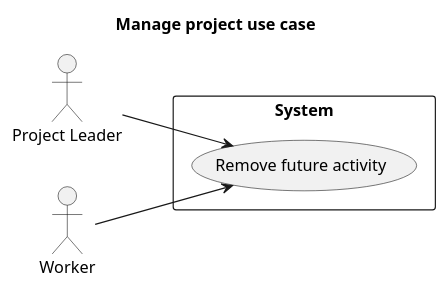
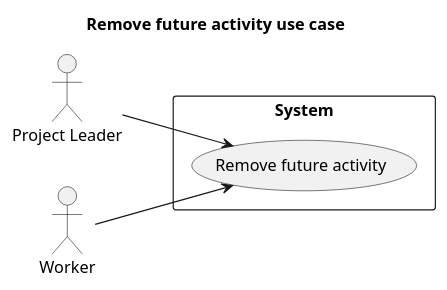
The diagram in usecases/Worker/remove_future_activity.md (Shuhab-Siddigi/Software-Engineering), drawn with PlantUML before and after one commit. The commit also changed 8 other files, not shown here.

Commit message:
created sequence diagram

````diff
--- a/usecases/Worker/remove_future_activity.md
+++ b/usecases/Worker/remove_future_activity.md
@@ -3,20 +3,20 @@
 ```plantuml
 @startuml
 left to right direction
-title Manage project use case
+title Remove future activity use case
 actor "Project Leader" as pl
 actor "Worker" as wo
 
 rectangle System {
 
   usecase "Remove future activity" as UC14
   
 pl --> UC14
 
 wo --> UC14
 
 }
 
 
 @enduml
 ```
````
